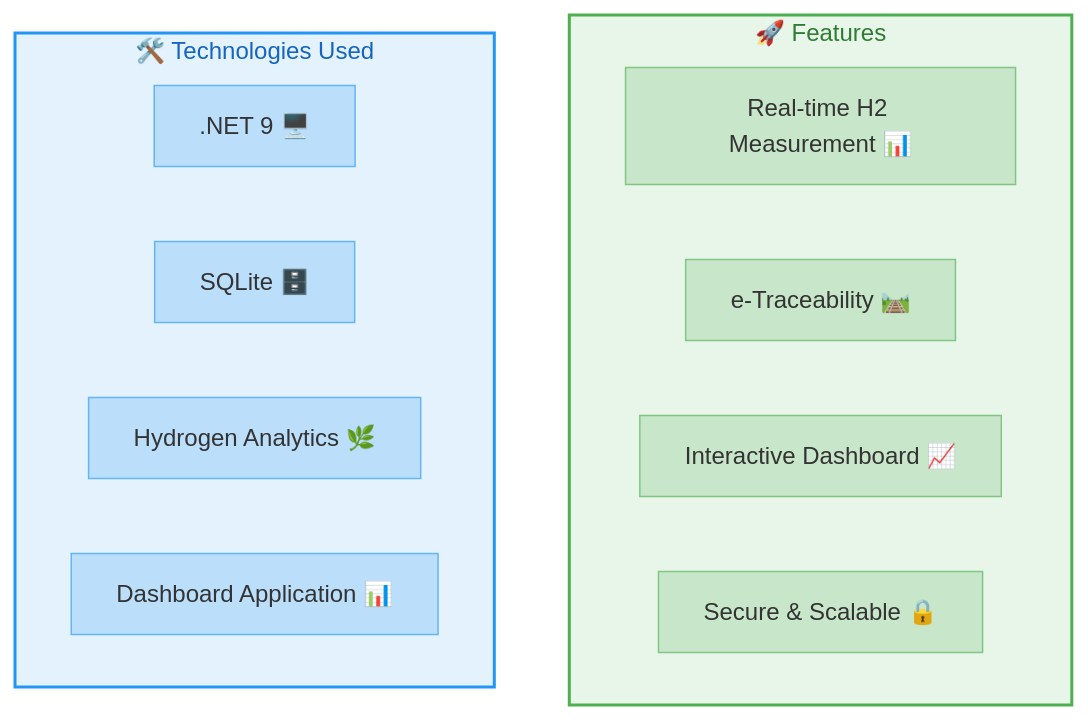
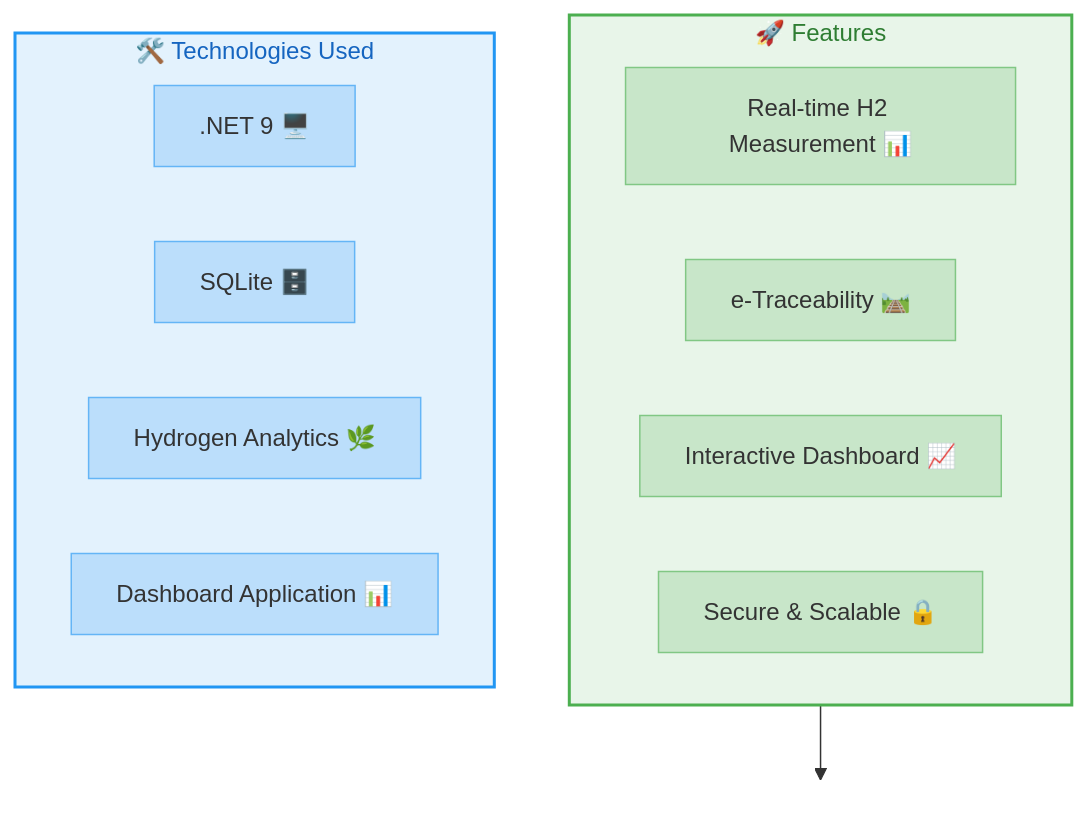
Before and after one commit to rubenvmu/loghid: the first of 6 diagrams in README.md, drawn with Mermaid.

````diff
--- a/README.md
+++ b/README.md
@@ -15,25 +15,25 @@
 ```mermaid
-flowchart TD
-    subgraph Features["🚀 Features"]
-        F1[Real-time H2 Measurement 📊]
-        F2[e-Traceability 🛤️]
-        F3[Interactive Dashboard 📈]
-        F4[Secure & Scalable 🔒]
+flowchart TB
+    subgraph Features["🚀 Features                                                                                    "]
+        F1[Real-time H2 Measurement 📊]:::featureStyle
+        F2[e-Traceability 🛤️]:::featureStyle
+        F3[Interactive Dashboard 📈]:::featureStyle
+        F4[Secure & Scalable 🔒]:::featureStyle
     end
 
-    subgraph Technologies["🛠️ Technologies Used"]
-        T1[.NET 9 🖥️]
-        T2[SQLite 🗄️]
-        T3[Hydrogen Analytics 🌿]
-        T4[Dashboard Application 📊]
+    Features --> Space[ ]:::invisible
+
+    subgraph Technologies["🛠️ Technologies Used                                                                 "]
+        T1[.NET 9 🖥️]:::techStyle
+        T2[SQLite 🗄️]:::techStyle
+        T3[Hydrogen Analytics 🌿]:::techStyle
+        T4[Dashboard Application 📊]:::techStyle
     end
+
+    classDef featureStyle fill:#C8E6C9,stroke:#81C784,stroke-width:1px,min-width:250px
+    classDef techStyle fill:#BBDEFB,stroke:#64B5F6,stroke-width:1px,min-width:250px
+    classDef invisible fill:#ffffff00,stroke:#ffffff00,color:#ffffff00
 
     style Features fill:#E8F5E9,stroke:#4CAF50,stroke-width:2px,color:#2E7D32
     style Technologies fill:#E3F2FD,stroke:#2196F3,stroke-width:2px,color:#1565C0
-    
-    classDef featureStyle fill:#C8E6C9,stroke:#81C784,stroke-width:1px
-    classDef techStyle fill:#BBDEFB,stroke:#64B5F6,stroke-width:1px
-    
-    class F1,F2,F3,F4 featureStyle
-    class T1,T2,T3,T4 techStyle
 ```
````
